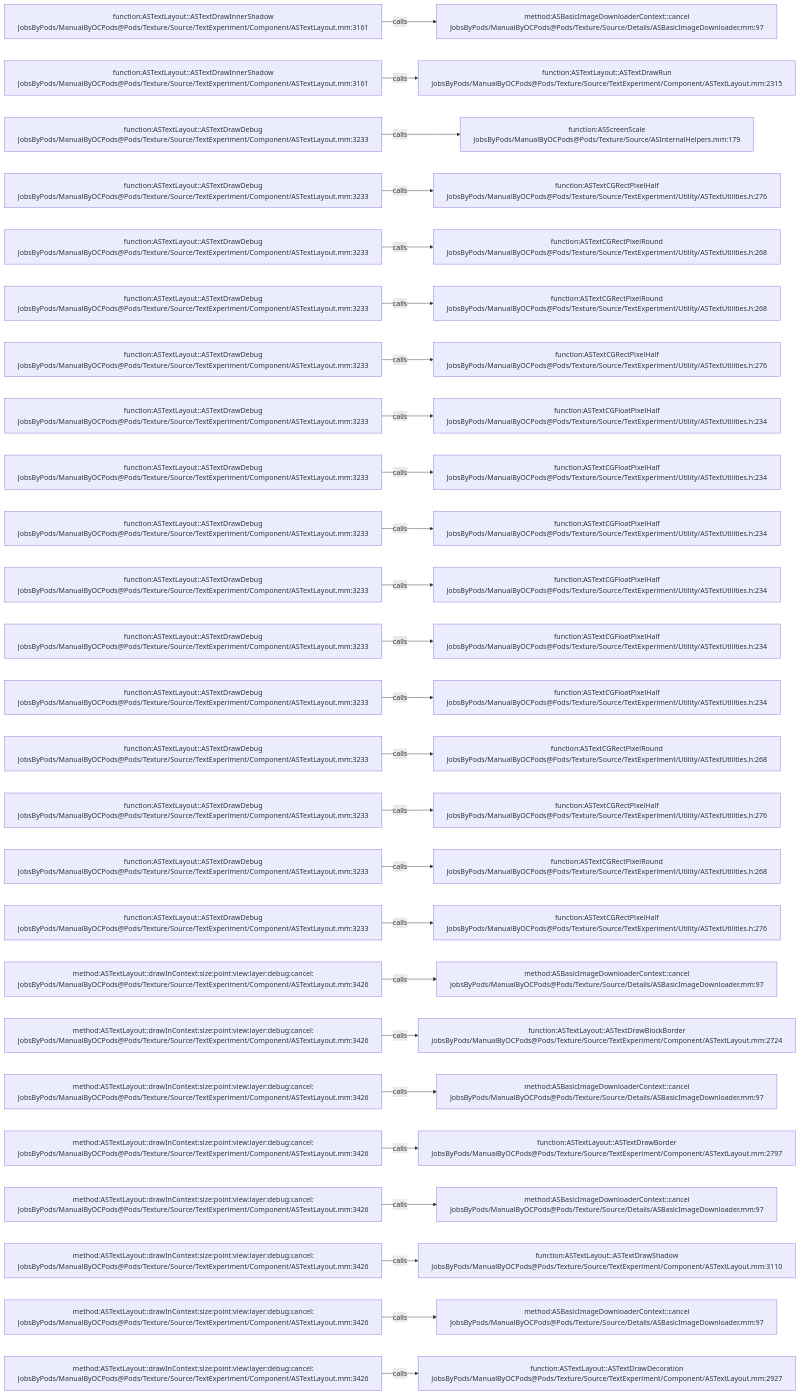
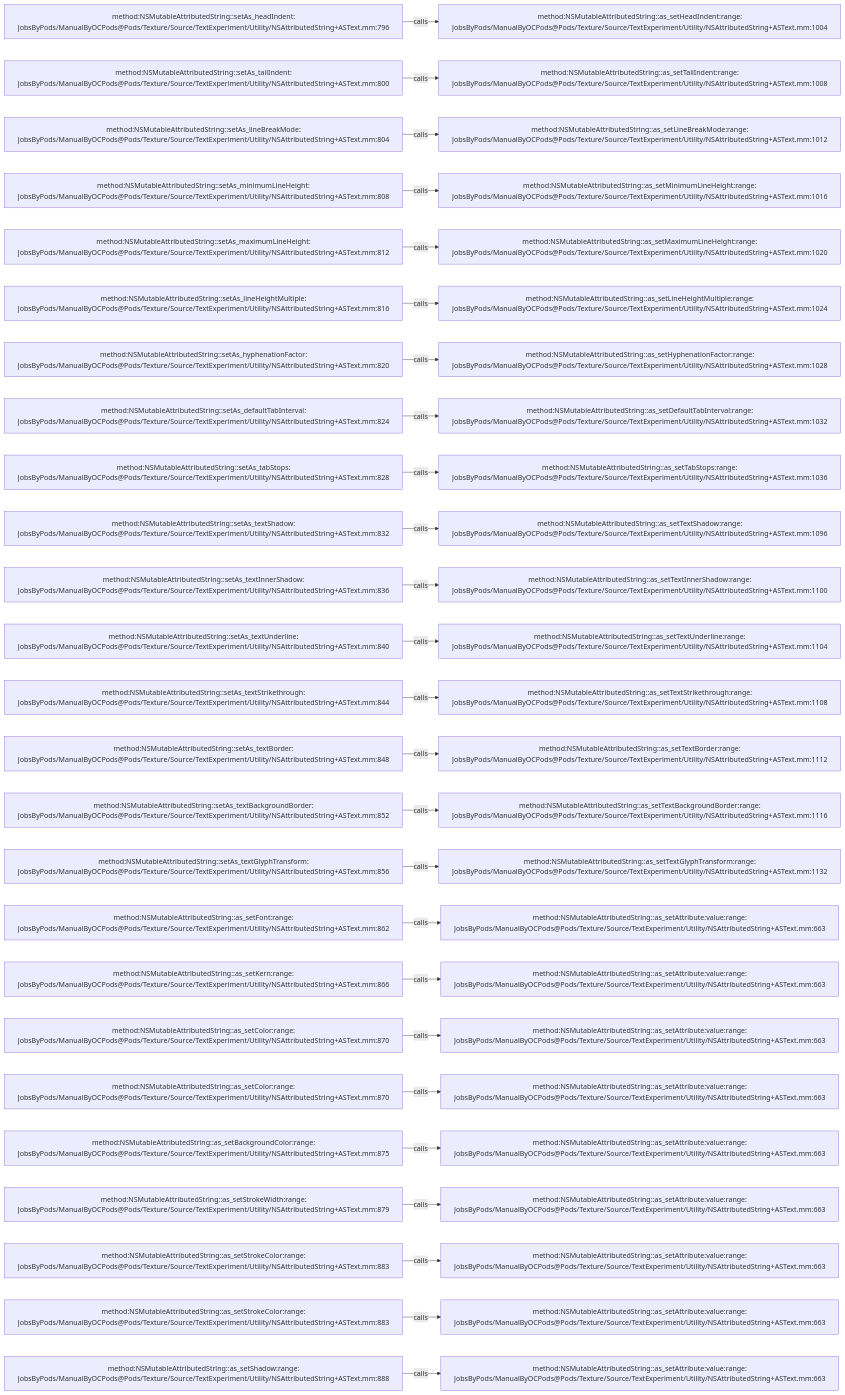
One commit to JobsKits/JobsOCBaseConfigDemo changed the diagram in .codegraph/codegraph.md/graphs/calls-198.md. Above: the diagram before and after it, drawn with Mermaid. The commit also changed 2723 other files, not shown here.

````diff
--- a/.codegraph/codegraph.md/graphs/calls-198.md
+++ b/.codegraph/codegraph.md/graphs/calls-198.md
@@ -13,78 +13,78 @@
 ```mermaid
 flowchart LR
-  S1["function:ASTextLayout::ASTextDrawInnerShadow<br/>JobsByPods/ManualByOCPods@Pods/Texture/Source/TextExperiment/Component/ASTextLayout.mm:3161"]
-  T1["method:ASBasicImageDownloaderContext::cancel<br/>JobsByPods/ManualByOCPods@Pods/Texture/Source/Details/ASBasicImageDownloader.mm:97"]
+  S1["method:NSMutableAttributedString::setAs_headIndent:<br/>JobsByPods/ManualByOCPods@Pods/Texture/Source/TextExperiment/Utility/NSAttributedString+ASText.mm:796"]
+  T1["method:NSMutableAttributedString::as_setHeadIndent:range:<br/>JobsByPods/ManualByOCPods@Pods/Texture/Source/TextExperiment/Utility/NSAttributedString+ASText.mm:1004"]
   S1 -->|calls| T1
-  S2["function:ASTextLayout::ASTextDrawInnerShadow<br/>JobsByPods/ManualByOCPods@Pods/Texture/Source/TextExperiment/Component/ASTextLayout.mm:3161"]
-  T2["function:ASTextLayout::ASTextDrawRun<br/>JobsByPods/ManualByOCPods@Pods/Texture/Source/TextExperiment/Component/ASTextLayout.mm:2315"]
+  S2["method:NSMutableAttributedString::setAs_tailIndent:<br/>JobsByPods/ManualByOCPods@Pods/Texture/Source/TextExperiment/Utility/NSAttributedString+ASText.mm:800"]
+  T2["method:NSMutableAttributedString::as_setTailIndent:range:<br/>JobsByPods/ManualByOCPods@Pods/Texture/Source/TextExperiment/Utility/NSAttributedString+ASText.mm:1008"]
   S2 -->|calls| T2
-  S3["function:ASTextLayout::ASTextDrawDebug<br/>JobsByPods/ManualByOCPods@Pods/Texture/Source/TextExperiment/Component/ASTextLayout.mm:3233"]
-  T3["function:ASScreenScale<br/>JobsByPods/ManualByOCPods@Pods/Texture/Source/ASInternalHelpers.mm:179"]
+  S3["method:NSMutableAttributedString::setAs_lineBreakMode:<br/>JobsByPods/ManualByOCPods@Pods/Texture/Source/TextExperiment/Utility/NSAttributedString+ASText.mm:804"]
+  T3["method:NSMutableAttributedString::as_setLineBreakMode:range:<br/>JobsByPods/ManualByOCPods@Pods/Texture/Source/TextExperiment/Utility/NSAttributedString+ASText.mm:1012"]
   S3 -->|calls| T3
-  S4["function:ASTextLayout::ASTextDrawDebug<br/>JobsByPods/ManualByOCPods@Pods/Texture/Source/TextExperiment/Component/ASTextLayout.mm:3233"]
-  T4["function:ASTextCGRectPixelHalf<br/>JobsByPods/ManualByOCPods@Pods/Texture/Source/TextExperiment/Utility/ASTextUtilities.h:276"]
+  S4["method:NSMutableAttributedString::setAs_minimumLineHeight:<br/>JobsByPods/ManualByOCPods@Pods/Texture/Source/TextExperiment/Utility/NSAttributedString+ASText.mm:808"]
+  T4["method:NSMutableAttributedString::as_setMinimumLineHeight:range:<br/>JobsByPods/ManualByOCPods@Pods/Texture/Source/TextExperiment/Utility/NSAttributedString+ASText.mm:1016"]
   S4 -->|calls| T4
-  S5["function:ASTextLayout::ASTextDrawDebug<br/>JobsByPods/ManualByOCPods@Pods/Texture/Source/TextExperiment/Component/ASTextLayout.mm:3233"]
-  T5["function:ASTextCGRectPixelRound<br/>JobsByPods/ManualByOCPods@Pods/Texture/Source/TextExperiment/Utility/ASTextUtilities.h:268"]
+  S5["method:NSMutableAttributedString::setAs_maximumLineHeight:<br/>JobsByPods/ManualByOCPods@Pods/Texture/Source/TextExperiment/Utility/NSAttributedString+ASText.mm:812"]
+  T5["method:NSMutableAttributedString::as_setMaximumLineHeight:range:<br/>JobsByPods/ManualByOCPods@Pods/Texture/Source/TextExperiment/Utility/NSAttributedString+ASText.mm:1020"]
   S5 -->|calls| T5
-  S6["function:ASTextLayout::ASTextDrawDebug<br/>JobsByPods/ManualByOCPods@Pods/Texture/Source/TextExperiment/Component/ASTextLayout.mm:3233"]
-  T6["function:ASTextCGRectPixelRound<br/>JobsByPods/ManualByOCPods@Pods/Texture/Source/TextExperiment/Utility/ASTextUtilities.h:268"]
+  S6["method:NSMutableAttributedString::setAs_lineHeightMultiple:<br/>JobsByPods/ManualByOCPods@Pods/Texture/Source/TextExperiment/Utility/NSAttributedString+ASText.mm:816"]
+  T6["method:NSMutableAttributedString::as_setLineHeightMultiple:range:<br/>JobsByPods/ManualByOCPods@Pods/Texture/Source/TextExperiment/Utility/NSAttributedString+ASText.mm:1024"]
   S6 -->|calls| T6
-  S7["function:ASTextLayout::ASTextDrawDebug<br/>JobsByPods/ManualByOCPods@Pods/Texture/Source/TextExperiment/Component/ASTextLayout.mm:3233"]
-  T7["function:ASTextCGRectPixelHalf<br/>JobsByPods/ManualByOCPods@Pods/Texture/Source/TextExperiment/Utility/ASTextUtilities.h:276"]
+  S7["method:NSMutableAttributedString::setAs_hyphenationFactor:<br/>JobsByPods/ManualByOCPods@Pods/Texture/Source/TextExperiment/Utility/NSAttributedString+ASText.mm:820"]
+  T7["method:NSMutableAttributedString::as_setHyphenationFactor:range:<br/>JobsByPods/ManualByOCPods@Pods/Texture/Source/TextExperiment/Utility/NSAttributedString+ASText.mm:1028"]
   S7 -->|calls| T7
-  S8["function:ASTextLayout::ASTextDrawDebug<br/>JobsByPods/ManualByOCPods@Pods/Texture/Source/TextExperiment/Component/ASTextLayout.mm:3233"]
-  T8["function:ASTextCGFloatPixelHalf<br/>JobsByPods/ManualByOCPods@Pods/Texture/Source/TextExperiment/Utility/ASTextUtilities.h:234"]
+  S8["method:NSMutableAttributedString::setAs_defaultTabInterval:<br/>JobsByPods/ManualByOCPods@Pods/Texture/Source/TextExperiment/Utility/NSAttributedString+ASText.mm:824"]
+  T8["method:NSMutableAttributedString::as_setDefaultTabInterval:range:<br/>JobsByPods/ManualByOCPods@Pods/Texture/Source/TextExperiment/Utility/NSAttributedString+ASText.mm:1032"]
   S8 -->|calls| T8
-  S9["function:ASTextLayout::ASTextDrawDebug<br/>JobsByPods/ManualByOCPods@Pods/Texture/Source/TextExperiment/Component/ASTextLayout.mm:3233"]
-  T9["function:ASTextCGFloatPixelHalf<br/>JobsByPods/ManualByOCPods@Pods/Texture/Source/TextExperiment/Utility/ASTextUtilities.h:234"]
+  S9["method:NSMutableAttributedString::setAs_tabStops:<br/>JobsByPods/ManualByOCPods@Pods/Texture/Source/TextExperiment/Utility/NSAttributedString+ASText.mm:828"]
+  T9["method:NSMutableAttributedString::as_setTabStops:range:<br/>JobsByPods/ManualByOCPods@Pods/Texture/Source/TextExperiment/Utility/NSAttributedString+ASText.mm:1036"]
   S9 -->|calls| T9
-  S10["function:ASTextLayout::ASTextDrawDebug<br/>JobsByPods/ManualByOCPods@Pods/Texture/Source/TextExperiment/Component/ASTextLayout.mm:3233"]
-  T10["function:ASTextCGFloatPixelHalf<br/>JobsByPods/ManualByOCPods@Pods/Texture/Source/TextExperiment/Utility/ASTextUtilities.h:234"]
+  S10["method:NSMutableAttributedString::setAs_textShadow:<br/>JobsByPods/ManualByOCPods@Pods/Texture/Source/TextExperiment/Utility/NSAttributedString+ASText.mm:832"]
+  T10["method:NSMutableAttributedString::as_setTextShadow:range:<br/>JobsByPods/ManualByOCPods@Pods/Texture/Source/TextExperiment/Utility/NSAttributedString+ASText.mm:1096"]
   S10 -->|calls| T10
-  S11["function:ASTextLayout::ASTextDrawDebug<br/>JobsByPods/ManualByOCPods@Pods/Texture/Source/TextExperiment/Component/ASTextLayout.mm:3233"]
-  T11["function:ASTextCGFloatPixelHalf<br/>JobsByPods/ManualByOCPods@Pods/Texture/Source/TextExperiment/Utility/ASTextUtilities.h:234"]
+  S11["method:NSMutableAttributedString::setAs_textInnerShadow:<br/>JobsByPods/ManualByOCPods@Pods/Texture/Source/TextExperiment/Utility/NSAttributedString+ASText.mm:836"]
+  T11["method:NSMutableAttributedString::as_setTextInnerShadow:range:<br/>JobsByPods/ManualByOCPods@Pods/Texture/Source/TextExperiment/Utility/NSAttributedString+ASText.mm:1100"]
   S11 -->|calls| T11
-  S12["function:ASTextLayout::ASTextDrawDebug<br/>JobsByPods/ManualByOCPods@Pods/Texture/Source/TextExperiment/Component/ASTextLayout.mm:3233"]
-  T12["function:ASTextCGFloatPixelHalf<br/>JobsByPods/ManualByOCPods@Pods/Texture/Source/TextExperiment/Utility/ASTextUtilities.h:234"]
+  S12["method:NSMutableAttributedString::setAs_textUnderline:<br/>JobsByPods/ManualByOCPods@Pods/Texture/Source/TextExperiment/Utility/NSAttributedString+ASText.mm:840"]
+  T12["method:NSMutableAttributedString::as_setTextUnderline:range:<br/>JobsByPods/ManualByOCPods@Pods/Texture/Source/TextExperiment/Utility/NSAttributedString+ASText.mm:1104"]
   S12 -->|calls| T12
-  S13["function:ASTextLayout::ASTextDrawDebug<br/>JobsByPods/ManualByOCPods@Pods/Texture/Source/TextExperiment/Component/ASTextLayout.mm:3233"]
-  T13["function:ASTextCGFloatPixelHalf<br/>JobsByPods/ManualByOCPods@Pods/Texture/Source/TextExperiment/Utility/ASTextUtilities.h:234"]
+  S13["method:NSMutableAttributedString::setAs_textStrikethrough:<br/>JobsByPods/ManualByOCPods@Pods/Texture/Source/TextExperiment/Utility/NSAttributedString+ASText.mm:844"]
+  T13["method:NSMutableAttributedString::as_setTextStrikethrough:range:<br/>JobsByPods/ManualByOCPods@Pods/Texture/Source/TextExperiment/Utility/NSAttributedString+ASText.mm:1108"]
   S13 -->|calls| T13
-  S14["function:ASTextLayout::ASTextDrawDebug<br/>JobsByPods/ManualByOCPods@Pods/Texture/Source/TextExperiment/Component/ASTextLayout.mm:3233"]
-  T14["function:ASTextCGRectPixelRound<br/>JobsByPods/ManualByOCPods@Pods/Texture/Source/TextExperiment/Utility/ASTextUtilities.h:268"]
+  S14["method:NSMutableAttributedString::setAs_textBorder:<br/>JobsByPods/ManualByOCPods@Pods/Texture/Source/TextExperiment/Utility/NSAttributedString+ASText.mm:848"]
+  T14["method:NSMutableAttributedString::as_setTextBorder:range:<br/>JobsByPods/ManualByOCPods@Pods/Texture/Source/TextExperiment/Utility/NSAttributedString+ASText.mm:1112"]
   S14 -->|calls| T14
-  S15["function:ASTextLayout::ASTextDrawDebug<br/>JobsByPods/ManualByOCPods@Pods/Texture/Source/TextExperiment/Component/ASTextLayout.mm:3233"]
-  T15["function:ASTextCGRectPixelHalf<br/>JobsByPods/ManualByOCPods@Pods/Texture/Source/TextExperiment/Utility/ASTextUtilities.h:276"]
+  S15["method:NSMutableAttributedString::setAs_textBackgroundBorder:<br/>JobsByPods/ManualByOCPods@Pods/Texture/Source/TextExperiment/Utility/NSAttributedString+ASText.mm:852"]
+  T15["method:NSMutableAttributedString::as_setTextBackgroundBorder:range:<br/>JobsByPods/ManualByOCPods@Pods/Texture/Source/TextExperiment/Utility/NSAttributedString+ASText.mm:1116"]
   S15 -->|calls| T15
-  S16["function:ASTextLayout::ASTextDrawDebug<br/>JobsByPods/ManualByOCPods@Pods/Texture/Source/TextExperiment/Component/ASTextLayout.mm:3233"]
-  T16["function:ASTextCGRectPixelRound<br/>JobsByPods/ManualByOCPods@Pods/Texture/Source/TextExperiment/Utility/ASTextUtilities.h:268"]
+  S16["method:NSMutableAttributedString::setAs_textGlyphTransform:<br/>JobsByPods/ManualByOCPods@Pods/Texture/Source/TextExperiment/Utility/NSAttributedString+ASText.mm:856"]
+  T16["method:NSMutableAttributedString::as_setTextGlyphTransform:range:<br/>JobsByPods/ManualByOCPods@Pods/Texture/Source/TextExperiment/Utility/NSAttributedString+ASText.mm:1132"]
   S16 -->|calls| T16
-  S17["function:ASTextLayout::ASTextDrawDebug<br/>JobsByPods/ManualByOCPods@Pods/Texture/Source/TextExperiment/Component/ASTextLayout.mm:3233"]
-  T17["function:ASTextCGRectPixelHalf<br/>JobsByPods/ManualByOCPods@Pods/Texture/Source/TextExperiment/Utility/ASTextUtilities.h:276"]
+  S17["method:NSMutableAttributedString::as_setFont:range:<br/>JobsByPods/ManualByOCPods@Pods/Texture/Source/TextExperiment/Utility/NSAttributedString+ASText.mm:862"]
+  T17["method:NSMutableAttributedString::as_setAttribute:value:range:<br/>JobsByPods/ManualByOCPods@Pods/Texture/Source/TextExperiment/Utility/NSAttributedString+ASText.mm:663"]
   S17 -->|calls| T17
-  S18["method:ASTextLayout::drawInContext:size:point:view:layer:debug:cancel:<br/>JobsByPods/ManualByOCPods@Pods/Texture/Source/TextExperiment/Component/ASTextLayout.mm:3426"]
-  T18["method:ASBasicImageDownloaderContext::cancel<br/>JobsByPods/ManualByOCPods@Pods/Texture/Source/Details/ASBasicImageDownloader.mm:97"]
+  S18["method:NSMutableAttributedString::as_setKern:range:<br/>JobsByPods/ManualByOCPods@Pods/Texture/Source/TextExperiment/Utility/NSAttributedString+ASText.mm:866"]
+  T18["method:NSMutableAttributedString::as_setAttribute:value:range:<br/>JobsByPods/ManualByOCPods@Pods/Texture/Source/TextExperiment/Utility/NSAttributedString+ASText.mm:663"]
   S18 -->|calls| T18
-  S19["method:ASTextLayout::drawInContext:size:point:view:layer:debug:cancel:<br/>JobsByPods/ManualByOCPods@Pods/Texture/Source/TextExperiment/Component/ASTextLayout.mm:3426"]
-  T19["function:ASTextLayout::ASTextDrawBlockBorder<br/>JobsByPods/ManualByOCPods@Pods/Texture/Source/TextExperiment/Component/ASTextLayout.mm:2724"]
+  S19["method:NSMutableAttributedString::as_setColor:range:<br/>JobsByPods/ManualByOCPods@Pods/Texture/Source/TextExperiment/Utility/NSAttributedString+ASText.mm:870"]
+  T19["method:NSMutableAttributedString::as_setAttribute:value:range:<br/>JobsByPods/ManualByOCPods@Pods/Texture/Source/TextExperiment/Utility/NSAttributedString+ASText.mm:663"]
   S19 -->|calls| T19
-  S20["method:ASTextLayout::drawInContext:size:point:view:layer:debug:cancel:<br/>JobsByPods/ManualByOCPods@Pods/Texture/Source/TextExperiment/Component/ASTextLayout.mm:3426"]
-  T20["method:ASBasicImageDownloaderContext::cancel<br/>JobsByPods/ManualByOCPods@Pods/Texture/Source/Details/ASBasicImageDownloader.mm:97"]
+  S20["method:NSMutableAttributedString::as_setColor:range:<br/>JobsByPods/ManualByOCPods@Pods/Texture/Source/TextExperiment/Utility/NSAttributedString+ASText.mm:870"]
+  T20["method:NSMutableAttributedString::as_setAttribute:value:range:<br/>JobsByPods/ManualByOCPods@Pods/Texture/Source/TextExperiment/Utility/NSAttributedString+ASText.mm:663"]
   S20 -->|calls| T20
-  S21["method:ASTextLayout::drawInContext:size:point:view:layer:debug:cancel:<br/>JobsByPods/ManualByOCPods@Pods/Texture/Source/TextExperiment/Component/ASTextLayout.mm:3426"]
-  T21["function:ASTextLayout::ASTextDrawBorder<br/>JobsByPods/ManualByOCPods@Pods/Texture/Source/TextExperiment/Component/ASTextLayout.mm:2797"]
+  S21["method:NSMutableAttributedString::as_setBackgroundColor:range:<br/>JobsByPods/ManualByOCPods@Pods/Texture/Source/TextExperiment/Utility/NSAttributedString+ASText.mm:875"]
+  T21["method:NSMutableAttributedString::as_setAttribute:value:range:<br/>JobsByPods/ManualByOCPods@Pods/Texture/Source/TextExperiment/Utility/NSAttributedString+ASText.mm:663"]
   S21 -->|calls| T21
-  S22["method:ASTextLayout::drawInContext:size:point:view:layer:debug:cancel:<br/>JobsByPods/ManualByOCPods@Pods/Texture/Source/TextExperiment/Component/ASTextLayout.mm:3426"]
-  T22["method:ASBasicImageDownloaderContext::cancel<br/>JobsByPods/ManualByOCPods@Pods/Texture/Source/Details/ASBasicImageDownloader.mm:97"]
+  S22["method:NSMutableAttributedString::as_setStrokeWidth:range:<br/>JobsByPods/ManualByOCPods@Pods/Texture/Source/TextExperiment/Utility/NSAttributedString+ASText.mm:879"]
+  T22["method:NSMutableAttributedString::as_setAttribute:value:range:<br/>JobsByPods/ManualByOCPods@Pods/Texture/Source/TextExperiment/Utility/NSAttributedString+ASText.mm:663"]
   S22 -->|calls| T22
-  S23["method:ASTextLayout::drawInContext:size:point:view:layer:debug:cancel:<br/>JobsByPods/ManualByOCPods@Pods/Texture/Source/TextExperiment/Component/ASTextLayout.mm:3426"]
-  T23["function:ASTextLayout::ASTextDrawShadow<br/>JobsByPods/ManualByOCPods@Pods/Texture/Source/TextExperiment/Component/ASTextLayout.mm:3110"]
+  S23["method:NSMutableAttributedString::as_setStrokeColor:range:<br/>JobsByPods/ManualByOCPods@Pods/Texture/Source/TextExperiment/Utility/NSAttributedString+ASText.mm:883"]
+  T23["method:NSMutableAttributedString::as_setAttribute:value:range:<br/>JobsByPods/ManualByOCPods@Pods/Texture/Source/TextExperiment/Utility/NSAttributedString+ASText.mm:663"]
   S23 -->|calls| T23
-  S24["method:ASTextLayout::drawInContext:size:point:view:layer:debug:cancel:<br/>JobsByPods/ManualByOCPods@Pods/Texture/Source/TextExperiment/Component/ASTextLayout.mm:3426"]
-  T24["method:ASBasicImageDownloaderContext::cancel<br/>JobsByPods/ManualByOCPods@Pods/Texture/Source/Details/ASBasicImageDownloader.mm:97"]
+  S24["method:NSMutableAttributedString::as_setStrokeColor:range:<br/>JobsByPods/ManualByOCPods@Pods/Texture/Source/TextExperiment/Utility/NSAttributedString+ASText.mm:883"]
+  T24["method:NSMutableAttributedString::as_setAttribute:value:range:<br/>JobsByPods/ManualByOCPods@Pods/Texture/Source/TextExperiment/Utility/NSAttributedString+ASText.mm:663"]
   S24 -->|calls| T24
-  S25["method:ASTextLayout::drawInContext:size:point:view:layer:debug:cancel:<br/>JobsByPods/ManualByOCPods@Pods/Texture/Source/TextExperiment/Component/ASTextLayout.mm:3426"]
-  T25["function:ASTextLayout::ASTextDrawDecoration<br/>JobsByPods/ManualByOCPods@Pods/Texture/Source/TextExperiment/Component/ASTextLayout.mm:2927"]
+  S25["method:NSMutableAttributedString::as_setShadow:range:<br/>JobsByPods/ManualByOCPods@Pods/Texture/Source/TextExperiment/Utility/NSAttributedString+ASText.mm:888"]
+  T25["method:NSMutableAttributedString::as_setAttribute:value:range:<br/>JobsByPods/ManualByOCPods@Pods/Texture/Source/TextExperiment/Utility/NSAttributedString+ASText.mm:663"]
   S25 -->|calls| T25
 ```
````
